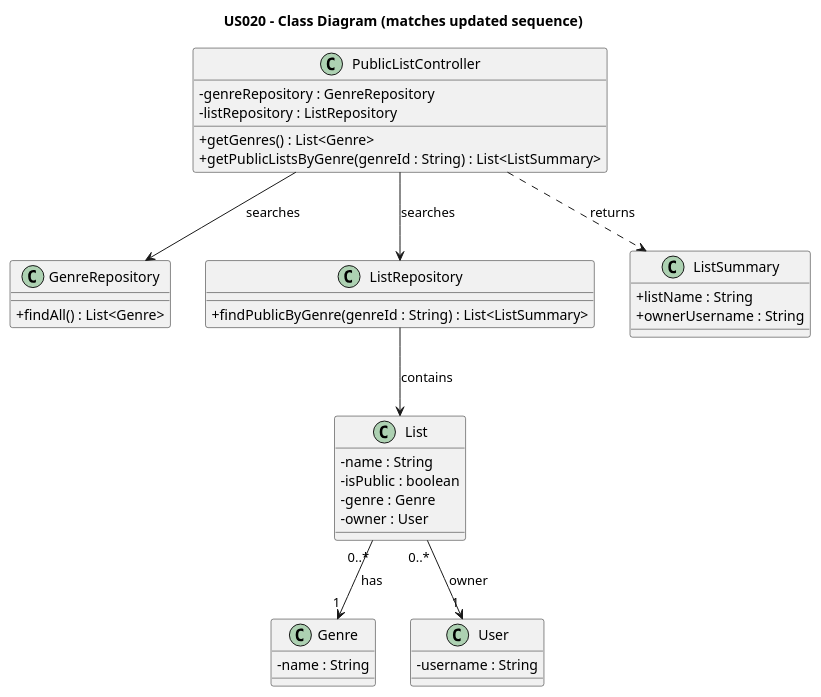
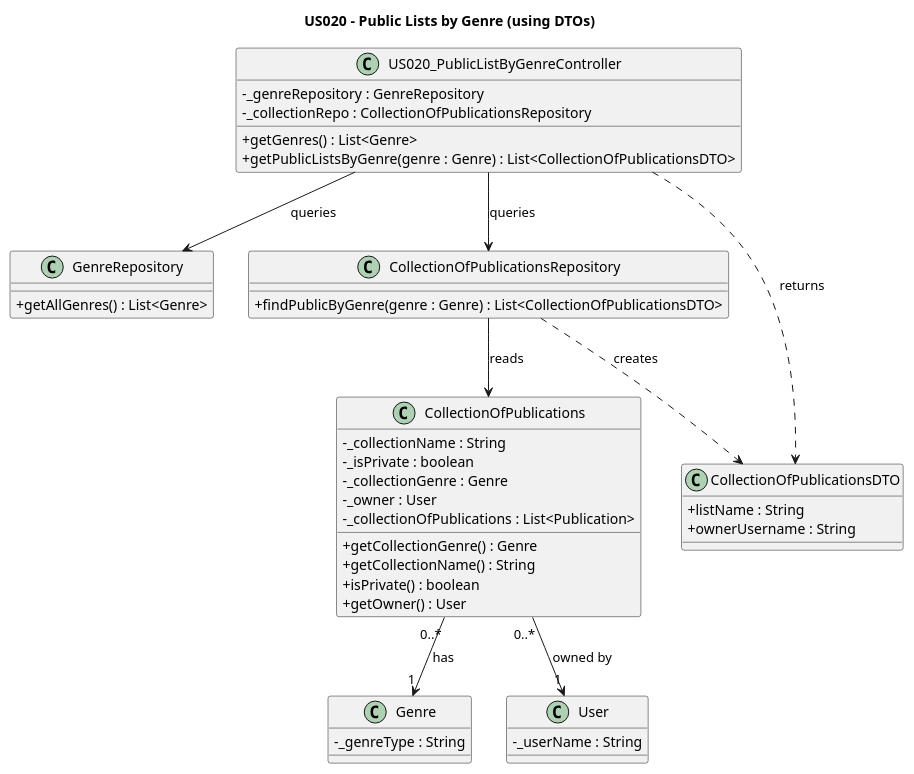
One commit to AndrePereiraGitH/SWitCH-Project-Team_A changed the diagram in Diagrams/ClassDiagrams/US020-to-get-list-of-public-lists-of-a-given-genre.puml. Above: the diagram before and after it, drawn with PlantUML. The commit also changed 8 other files, not shown here.

Commit message:
Working on #42, created DTO and controller classes, as well as respective tests

```diff
--- a/Diagrams/ClassDiagrams/US020-to-get-list-of-public-lists-of-a-given-genre.puml
+++ b/Diagrams/ClassDiagrams/US020-to-get-list-of-public-lists-of-a-given-genre.puml
@@ -1,52 +1,57 @@
 @startuml
 skinparam classAttributeIconSize 0
 
-title US020 - Class Diagram (matches updated sequence)
+title US020 - Public Lists by Genre (using DTOs)
 
-class PublicListController {
-  -genreRepository : GenreRepository
-  -listRepository : ListRepository
-  +getGenres() : List<Genre>
-  +getPublicListsByGenre(genreId : String) : List<ListSummary>
+class US020_PublicListByGenreController {
+  - _genreRepository : GenreRepository
+  - _collectionRepo : CollectionOfPublicationsRepository
+  + getGenres() : List<Genre>
+  + getPublicListsByGenre(genre : Genre) : List<CollectionOfPublicationsDTO>
 }
 
 class GenreRepository {
-  +findAll() : List<Genre>
+  + getAllGenres() : List<Genre>
 }
 
-class ListRepository {
-  +findPublicByGenre(genreId : String) : List<ListSummary>
+class CollectionOfPublicationsRepository {
+  + findPublicByGenre(genre : Genre) : List<CollectionOfPublicationsDTO>
 }
 
 class Genre {
-  -name : String
+  - _genreType : String
 }
 
 class User {
-  -username : String
+  - _userName : String
 }
 
-class List {
-  -name : String
-  -isPublic : boolean
-  -genre : Genre
-  -owner : User
+class CollectionOfPublications {
+  - _collectionName : String
+  - _isPrivate : boolean
+  - _collectionGenre : Genre
+  - _owner : User
+  - _collectionOfPublications : List<Publication>
+  + getCollectionGenre() : Genre
+  + getCollectionName() : String
+  + isPrivate() : boolean
+  + getOwner() : User
 }
 
-class ListSummary {
-  +listName : String
-  +ownerUsername : String
+class CollectionOfPublicationsDTO {
+  + listName : String
+  + ownerUsername : String
 }
 
-PublicListController --> GenreRepository : searches
-PublicListController --> ListRepository : searches
+US020_PublicListByGenreController --> GenreRepository : queries
+US020_PublicListByGenreController --> CollectionOfPublicationsRepository : queries
 
-ListRepository --> List : contains
+CollectionOfPublicationsRepository --> CollectionOfPublications : reads
+CollectionOfPublicationsRepository ..> CollectionOfPublicationsDTO : creates
 
-List "0..*" --> "1" Genre : has
-List "0..*" --> "1" User : owner
+CollectionOfPublications "0..*" --> "1" Genre : has
+CollectionOfPublications "0..*" --> "1" User : owned by
 
-PublicListController ..> ListSummary : returns
-
+US020_PublicListByGenreController ..> CollectionOfPublicationsDTO : returns
 
 @enduml
```
